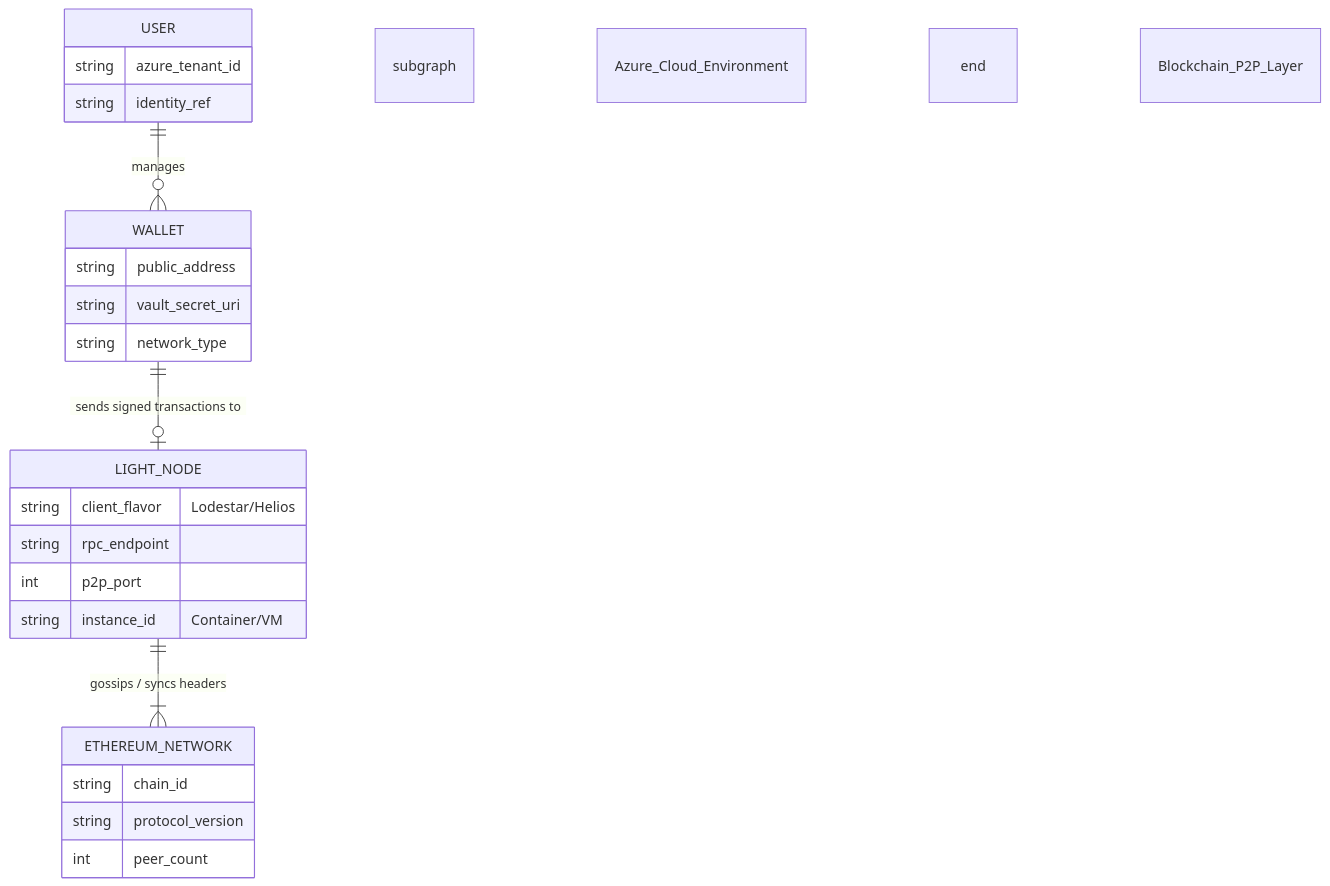
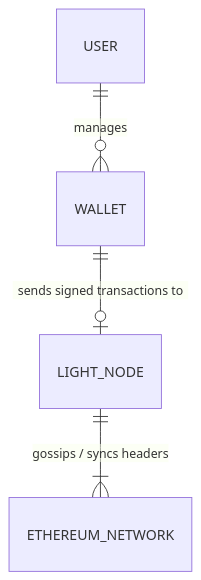
The diagram in HighLevelDesign.md (vfr750y/Cost-Optimized-Ethereum-Node-On-Azure), drawn with Mermaid before and after one commit. The commit also changed other lines of this file, not shown here.

````diff
--- a/HighLevelDesign.md
+++ b/HighLevelDesign.md
@@ -5,32 +5,7 @@
 ```mermaid
 erDiagram
     USER ||--o{ WALLET : "manages"
     WALLET ||--o| LIGHT_NODE : "sends signed transactions to"
     LIGHT_NODE ||--|{ ETHEREUM_NETWORK : "gossips / syncs headers"
 
-    subgraph Azure_Cloud_Environment
-        USER {
-            string azure_tenant_id
-            string identity_ref
-        }
-        WALLET {
-            string public_address
-            string vault_secret_uri
-            string network_type
-        }
-        LIGHT_NODE {
-            string client_flavor "Lodestar/Helios"
-            string rpc_endpoint
-            int p2p_port
-            string instance_id "Container/VM"
-        }
-    end
-
-    subgraph Blockchain_P2P_Layer
-        ETHEREUM_NETWORK {
-            string chain_id
-            string protocol_version
-            int peer_count
-        }
-    end
 ```
````
